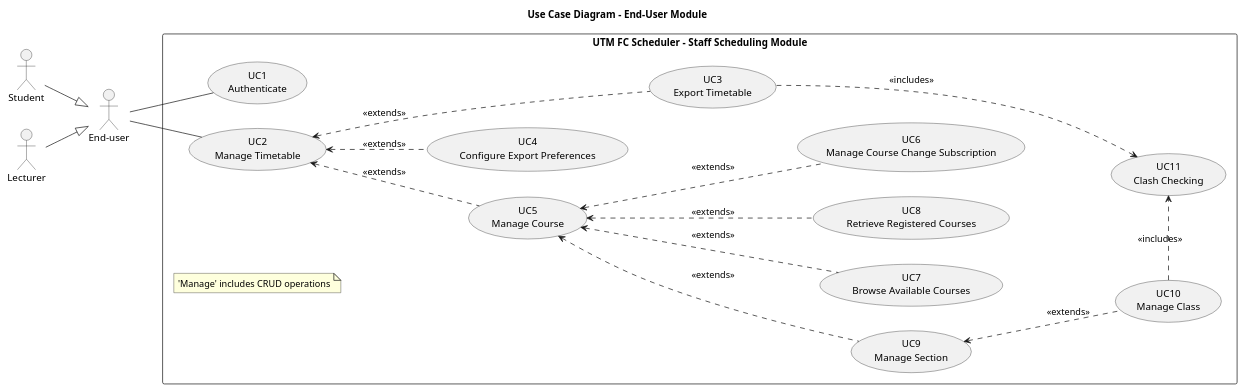
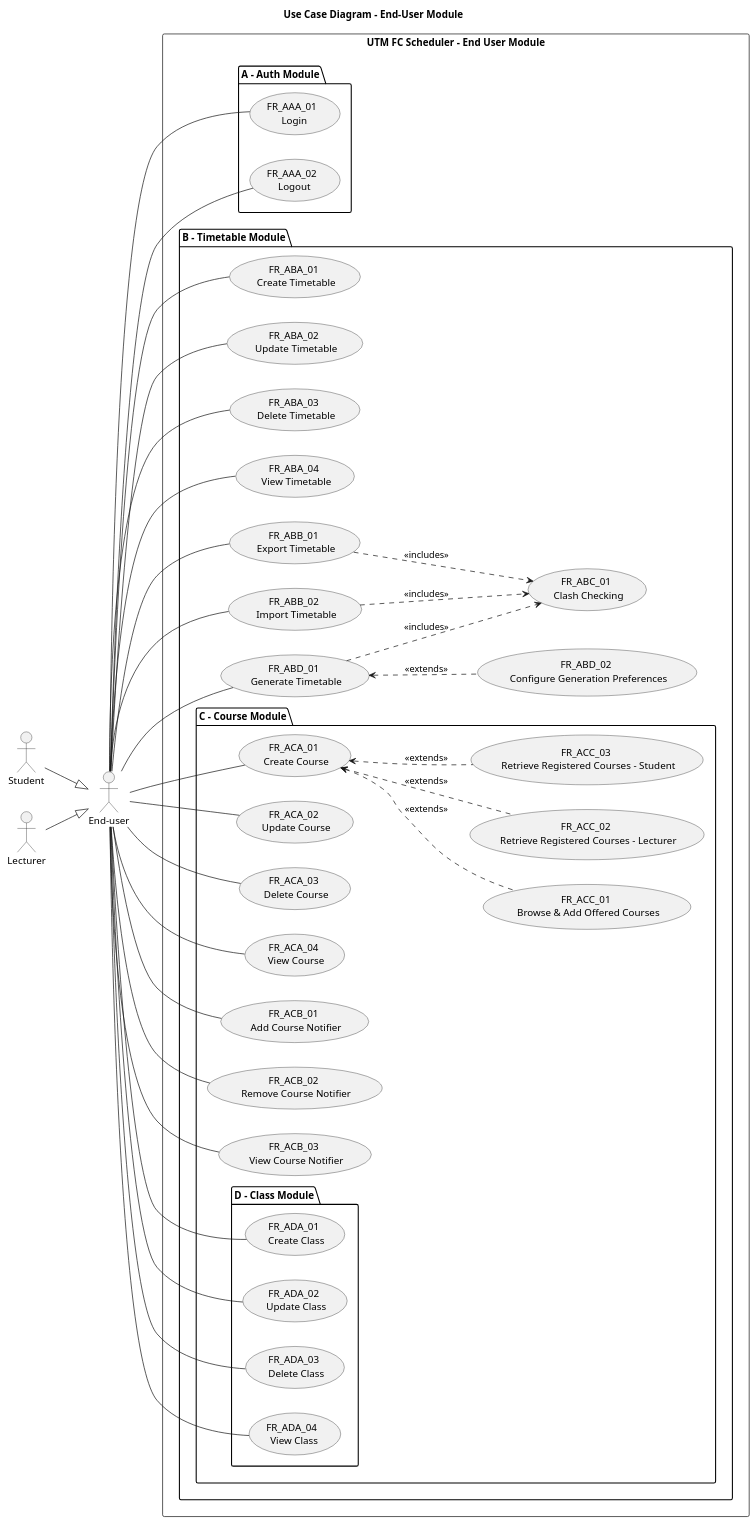
One commit to AdmiJW/UTM-FC-Scheduler-UML changed the diagram in use-case/end-user.plantuml. Above: the diagram before and after it, drawn with PlantUML. The commit also changed 164 other files, not shown here.

Commit message:
JW: Ongoing Sequence diagram

```diff
--- a/use-case/end-user.plantuml
+++ b/use-case/end-user.plantuml
@@ -1,44 +1,106 @@
 @startuml Use Case Diagram - End-User Module
 
 title Use Case Diagram - End-User Module
 left to right direction
+
+' Use case ID format: FR_ABC_00
+' FR: Functional Requirement
+' A: Module. A for End-User, B for Academic Office Staff
+' B: Sub-module
+' C: Sub-module group
+' 00: Use case number
+
 
 ' Actors
 "End-user" as EU
 Student --|> EU
 Lecturer --|> EU
 
 
 ' Use Cases
-rectangle "UTM FC Scheduler - Staff Scheduling Module" {
-    usecase (UC1\nAuthenticate) as UC1
-    usecase (UC2\nManage Timetable) as UC2
-    usecase (UC3\nExport Timetable) as UC3
-    usecase (UC4\nConfigure Export Preferences) as UC4
-    usecase (UC5\nManage Course) as UC5
-    usecase (UC6\nManage Course Change Subscription) as UC6
-    usecase (UC7\nBrowse Available Courses) as UC7
-    usecase (UC8\nRetrieve Registered Courses) as UC8
-    usecase (UC9\nManage Section) as UC9
-    usecase (UC10\nManage Class) as UC10
-    usecase (UC11\nClash Checking) as UC11
-
-    note "'Manage' includes CRUD operations" as N1
+rectangle "UTM FC Scheduler - End User Module" {
+package "A - Auth Module" {
+    usecase (FR_AAA_01 \n Login) as FR_AAA_01
+    usecase (FR_AAA_02 \n Logout) as FR_AAA_02
 }
 
 
+package "B - Timetable Module" {
+    ' CRUD Timetable operation
+    usecase (FR_ABA_01 \n Create Timetable) as FR_ABA_01
+    usecase (FR_ABA_02 \n Update Timetable) as FR_ABA_02
+    usecase (FR_ABA_03 \n Delete Timetable) as FR_ABA_03
+    usecase (FR_ABA_04 \n View Timetable) as FR_ABA_04
+
+    usecase (FR_ABB_01 \n Export Timetable) as FR_ABB_01
+    usecase (FR_ABB_02 \n Import Timetable) as FR_ABB_02
+
+    usecase (FR_ABC_01 \n Clash Checking) as FR_ABC_01
+
+    usecase (FR_ABD_01 \n Generate Timetable) as FR_ABD_01
+    usecase (FR_ABD_02 \n Configure Generation Preferences) as FR_ABD_02
+
+
+
+    package "C - Course Module" {
+        ' CRUD Course operation
+        usecase (FR_ACA_01 \n Create Course) as FR_ACA_01
+        usecase (FR_ACA_02 \n Update Course) as FR_ACA_02
+        usecase (FR_ACA_03 \n Delete Course) as FR_ACA_03
+        usecase (FR_ACA_04 \n View Course) as FR_ACA_04
+
+        ' CRUD Course Notifier operation
+        usecase (FR_ACB_01 \n Add Course Notifier) as FR_ACB_01
+        usecase (FR_ACB_02 \n Remove Course Notifier) as FR_ACB_02
+        usecase (FR_ACB_03 \n View Course Notifier) as FR_ACB_03
+
+        ' Alternative add course operation
+        usecase (FR_ACC_01 \n Browse & Add Offered Courses) as FR_ACC_01
+        usecase (FR_ACC_02 \n Retrieve Registered Courses - Lecturer) as FR_ACC_02
+        usecase (FR_ACC_03 \n Retrieve Registered Courses - Student) as FR_ACC_03
+
+
+        package "D - Class Module" {
+            ' CRUD Class operation
+            usecase (FR_ADA_01 \n Create Class) as FR_ADA_01
+            usecase (FR_ADA_02 \n Update Class) as FR_ADA_02
+            usecase (FR_ADA_03 \n Delete Class) as FR_ADA_03
+            usecase (FR_ADA_04 \n View Class) as FR_ADA_04
+        }
+    }
+}
+}
+
 ' Associations
-EU -- UC1
-EU -- UC2
-UC2 <.. UC3 : <<extends>>
-UC2 <.. UC4 : <<extends>>
-UC2 <.. UC5 : <<extends>>
-UC5 <.. UC6 : <<extends>>
-UC5 <.. UC7 : <<extends>>
-UC5 <.. UC8 : <<extends>>
-UC5 <.. UC9 : <<extends>>
-UC9 <.. UC10 : <<extends>>
-UC10 .> UC11 : <<includes>>
-UC3 .> UC11 : <<includes>>
+EU -- FR_AAA_01
+EU -- FR_AAA_02
+
+EU -- FR_ABA_01
+EU -- FR_ABA_02
+EU -- FR_ABA_03
+EU -- FR_ABA_04
+EU -- FR_ABB_01
+EU -- FR_ABB_02
+FR_ABB_01 ..> FR_ABC_01 : <<includes>>
+FR_ABB_02 ..> FR_ABC_01 : <<includes>>
+EU -- FR_ABD_01
+FR_ABD_01 <.. FR_ABD_02 : <<extends>>
+FR_ABD_01 ..> FR_ABC_01 : <<includes>>
+
+EU -- FR_ACA_01
+EU -- FR_ACA_02
+EU -- FR_ACA_03
+EU -- FR_ACA_04
+EU -- FR_ACB_01
+EU -- FR_ACB_02
+EU -- FR_ACB_03
+FR_ACA_01 <.. FR_ACC_01 : <<extends>>
+FR_ACA_01 <.. FR_ACC_02 : <<extends>>
+FR_ACA_01 <.. FR_ACC_03 : <<extends>>
+
+EU -- FR_ADA_01
+EU -- FR_ADA_02
+EU -- FR_ADA_03
+EU -- FR_ADA_04
 
 @enduml
```
